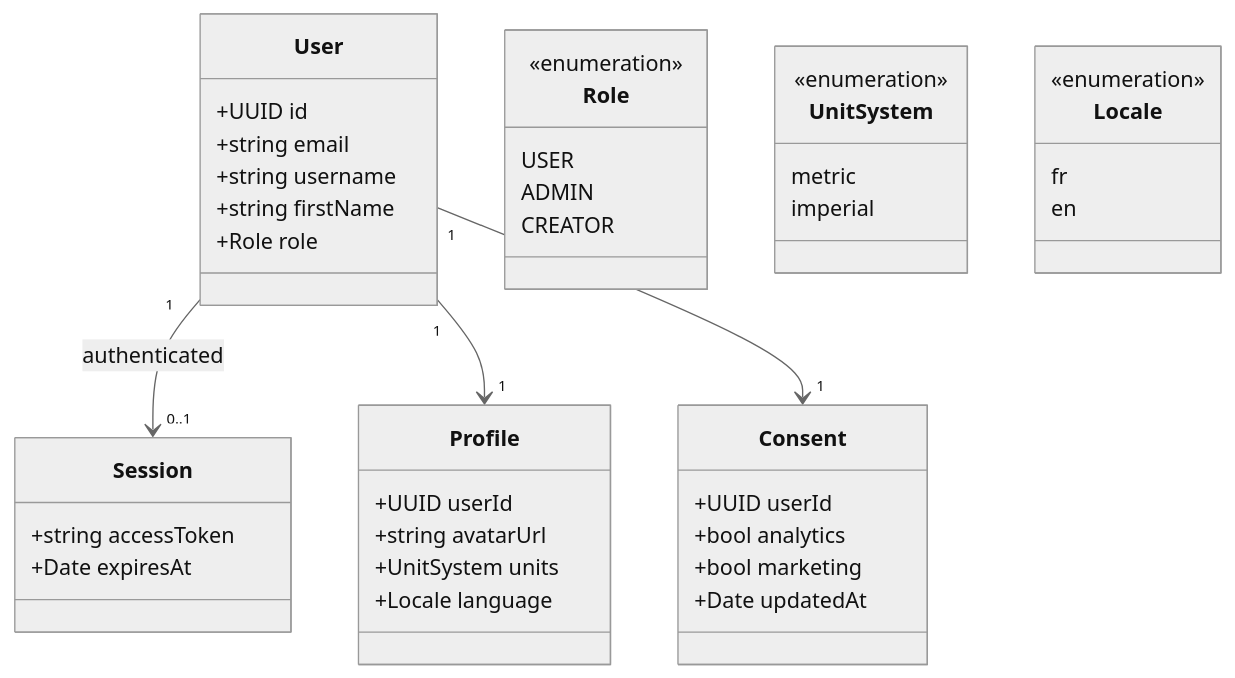
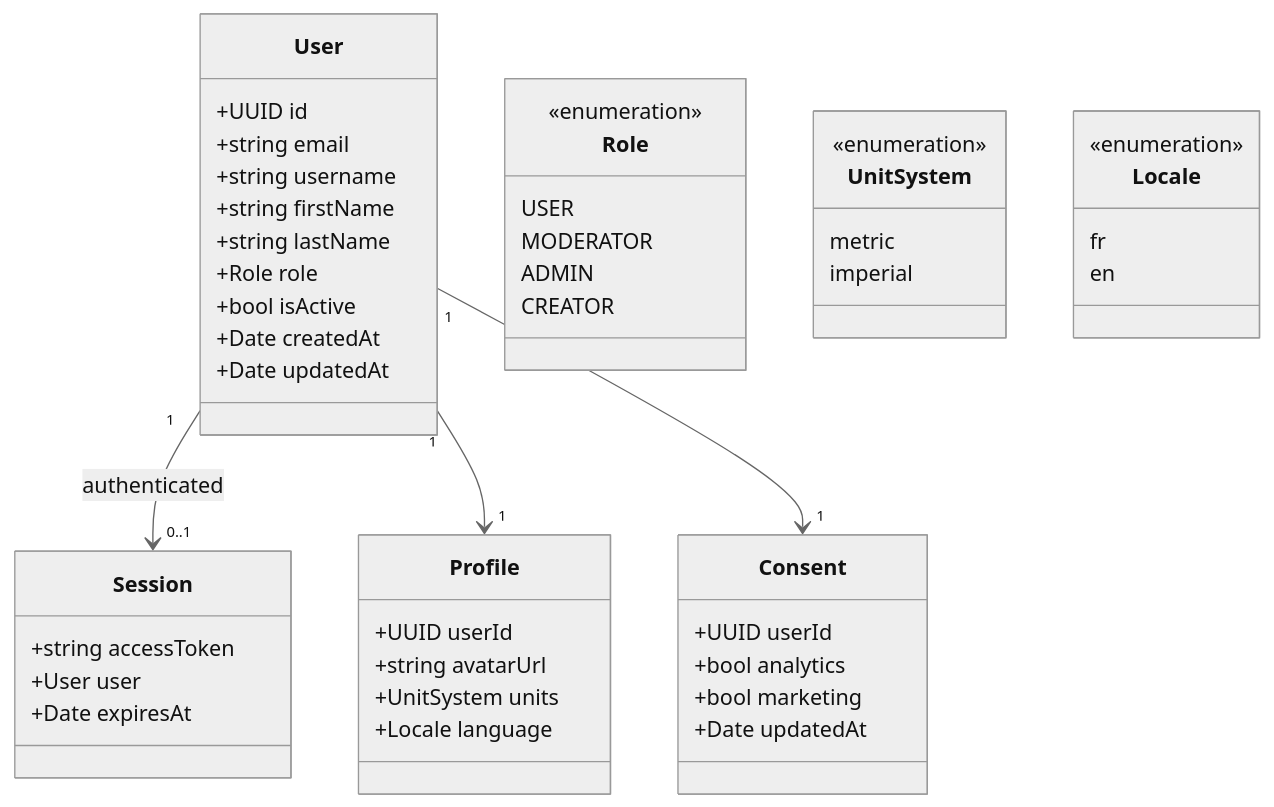
Before and after one commit to benoit-bremaud/brasse-bouillon: the diagram in docs/architecture/diagrams/account/04-class.md, drawn with Mermaid (neutral theme). The commit also changed other lines of this file and 4 other files, not shown here.

First line of the commit message:
docs(account): address Copilot review — real auth shapes & flows

````diff
--- a/docs/architecture/diagrams/account/04-class.md
+++ b/docs/architecture/diagrams/account/04-class.md
@@ -14,47 +14,53 @@
 ```mermaid
 classDiagram
   class User {
     +UUID id
     +string email
     +string username
     +string firstName
+    +string lastName
     +Role role
+    +bool isActive
+    +Date createdAt
+    +Date updatedAt
   }
   class Session {
     +string accessToken
+    +User user
     +Date expiresAt
   }
   class Profile {
     +UUID userId
     +string avatarUrl
     +UnitSystem units
     +Locale language
   }
   class Consent {
     +UUID userId
     +bool analytics
     +bool marketing
     +Date updatedAt
   }
 
   User "1" --> "0..1" Session : authenticated
   User "1" --> "1" Profile
   User "1" --> "1" Consent
 
   class Role {
     <<enumeration>>
     USER
+    MODERATOR
     ADMIN
     CREATOR
   }
   class UnitSystem {
     <<enumeration>>
     metric
     imperial
   }
   class Locale {
     <<enumeration>>
     fr
     en
   }
 ```
````
